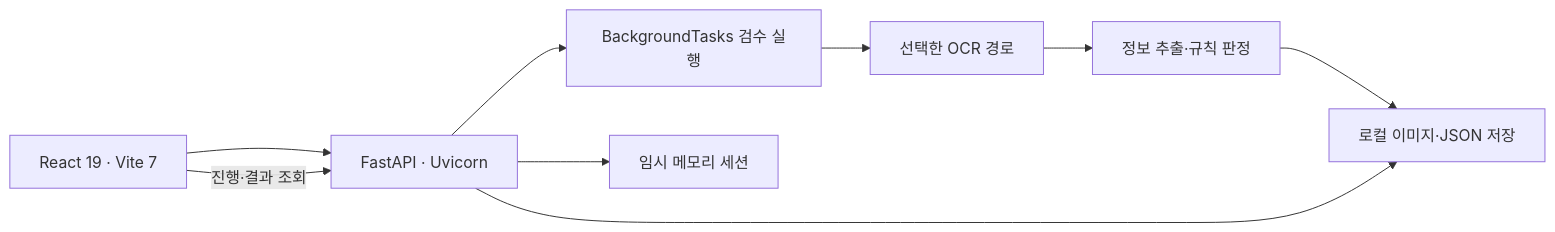
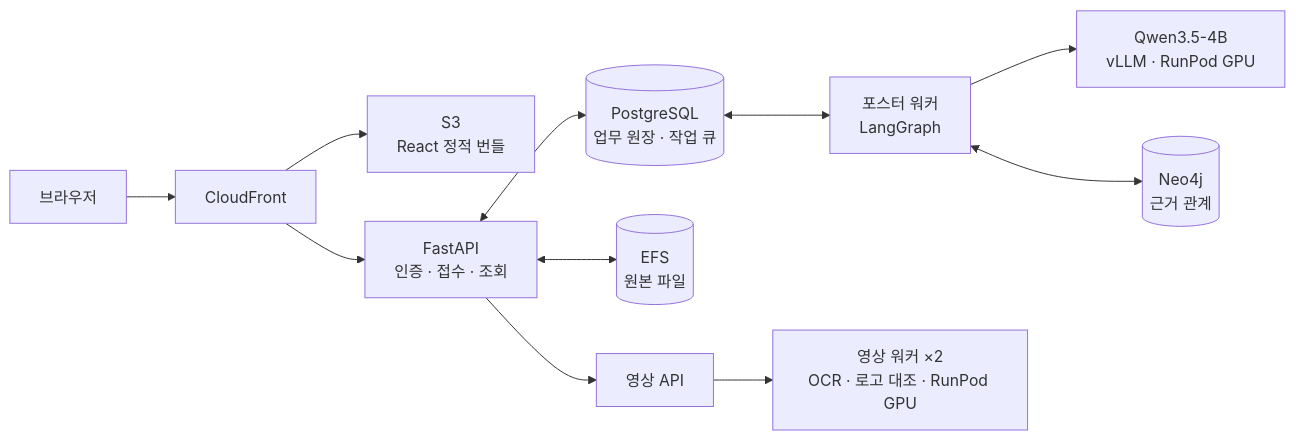
Before and after one commit to 20260528-skn-family-ai-33/SKN33-Final-1Team: the second of 2 diagrams in README.md, drawn with Mermaid. The commit also changed other lines of this file and 5 other files, not shown here.

````diff
--- a/README.md
+++ b/README.md
@@ -187,11 +146,13 @@
 ```mermaid
 flowchart LR
-    UI["React 19 · Vite 7"] --> API["FastAPI · Uvicorn"]
-    API --> JOB["BackgroundTasks 검수 실행"]
-    JOB --> OCR["선택한 OCR 경로"]
-    OCR --> RULE["정보 추출·규칙 판정"]
-    RULE --> STORE["로컬 이미지·JSON 저장"]
-    API --> STORE
-    API --> AUTH["임시 메모리 세션"]
-    UI -->|진행·결과 조회| API
+    U["브라우저"] --> CF["CloudFront"]
+    CF --> S3["S3<br/>React 정적 번들"]
+    CF --> API["FastAPI<br/>인증 · 접수 · 조회"]
+    API <--> PG[("PostgreSQL<br/>업무 원장 · 작업 큐")]
+    API <--> FS[("EFS<br/>원본 파일")]
+    PG <--> W["포스터 워커<br/>LangGraph"]
+    W --> Q["Qwen3.5-4B<br/>vLLM · RunPod GPU"]
+    W <--> N[("Neo4j<br/>근거 관계")]
+    API --> VA["영상 API"]
+    VA --> VW["영상 워커 ×2<br/>OCR · 로고 대조 · RunPod GPU"]
 ```
````
